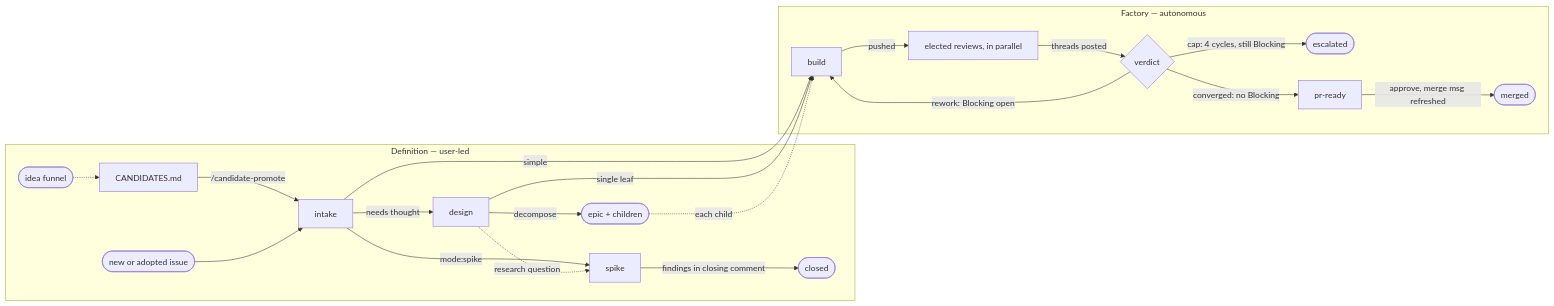
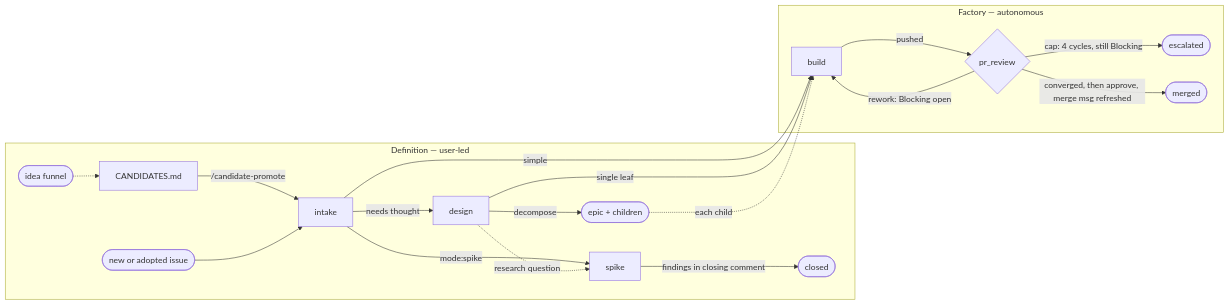
The diagram in software-factory/software-factory.md (GeoffNordling/dev-playbook), drawn with Mermaid before and after one commit. The commit also changed other lines of this file and 3 other files, not shown here.

First line of the commit message:
The factory graph keeps its one review diamond, and the prose carries the loop

````diff
--- a/software-factory/software-factory.md
+++ b/software-factory/software-factory.md
@@ -34,26 +34,24 @@
 ```mermaid
 flowchart LR
     subgraph definition[Definition — user-led]
         ideas([idea funnel]) -.-> cand[CANDIDATES.md]
         cand -->|/candidate-promote| intake[intake]
         stub([new or adopted issue]) --> intake
         intake -->|needs thought| design[design]
         intake -->|mode:spike| spike[spike]
         design -.->|research question| spike
         design -->|decompose| epic([epic + children])
         spike -->|findings in closing comment| closed([closed])
     end
 
     subgraph factory[Factory — autonomous]
-        build[build] -->|pushed| reviews[elected reviews, in parallel]
-        reviews -->|threads posted| verdict{verdict}
-        verdict -->|rework: Blocking open| build
-        verdict -->|cap: 4 cycles, still Blocking| stuck([escalated])
-        verdict -->|converged: no Blocking| ready[pr-ready]
-        ready -->|approve, merge msg refreshed| done([merged])
+        build[build] -->|pushed| pr_review{pr_review}
+        pr_review -->|rework: Blocking open| build
+        pr_review -->|cap: 4 cycles, still Blocking| stuck([escalated])
+        pr_review -->|converged, then approve, merge msg refreshed| done([merged])
     end
 
     intake -->|simple| build
     design -->|single leaf| build
     epic -.->|each child| build
 ```
````
